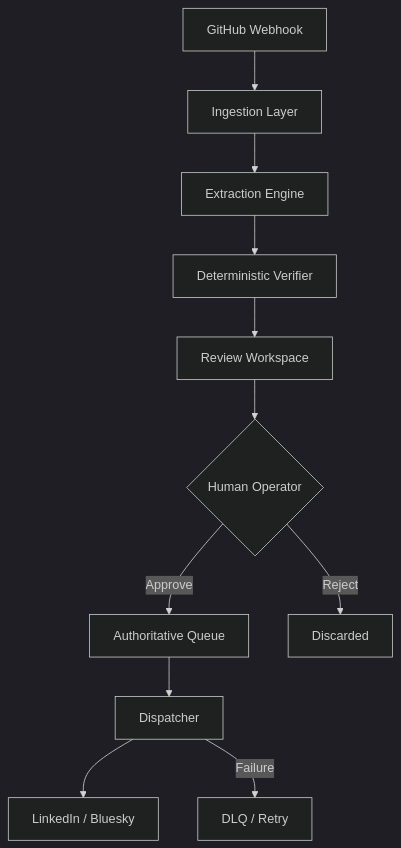
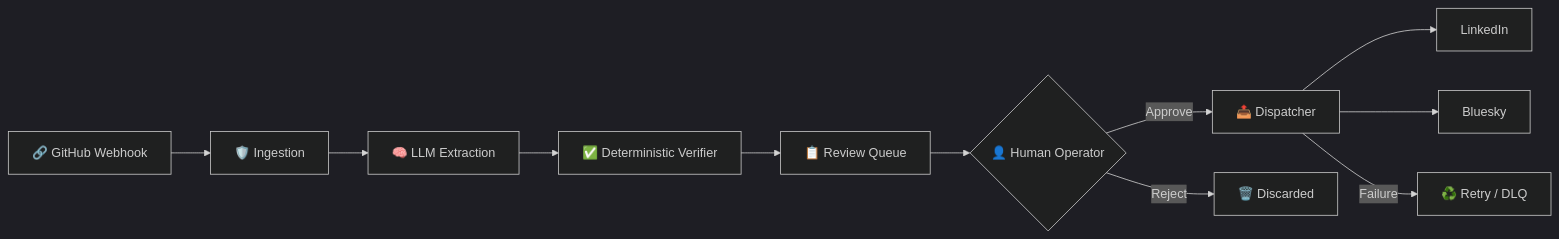
Before and after one commit to VasisthaVed/proofpost-pipeline: the diagram in README.md, drawn with Mermaid (dark theme). The commit also changed other lines of this file and 29 other files, not shown here.

````diff
--- a/README.md
+++ b/README.md
@@ -88,13 +122,13 @@
 ```mermaid
-graph TD
-    A[GitHub Webhook] --> B[Ingestion Layer]
-    B --> C[Extraction Engine]
-    C --> D[Deterministic Verifier]
-    D --> E[Review Workspace]
-    E --> F{Human Operator}
-    F -- Approve --> G[Authoritative Queue]
-    F -- Reject --> H[Discarded]
-    G --> I[Dispatcher]
-    I --> J[LinkedIn / Bluesky]
-    I -- Failure --> K[DLQ / Retry]
+graph LR
+    A["🔗 GitHub Webhook"] --> B["🛡️ Ingestion"]
+    B --> C["🧠 LLM Extraction"]
+    C --> D["✅ Deterministic Verifier"]
+    D --> E["📋 Review Queue"]
+    E --> F{"👤 Human Operator"}
+    F -- "Approve" --> G["📤 Dispatcher"]
+    F -- "Reject" --> H["🗑️ Discarded"]
+    G --> I["LinkedIn"]
+    G --> J["Bluesky"]
+    G -- "Failure" --> K["♻️ Retry / DLQ"]
 ```
````
